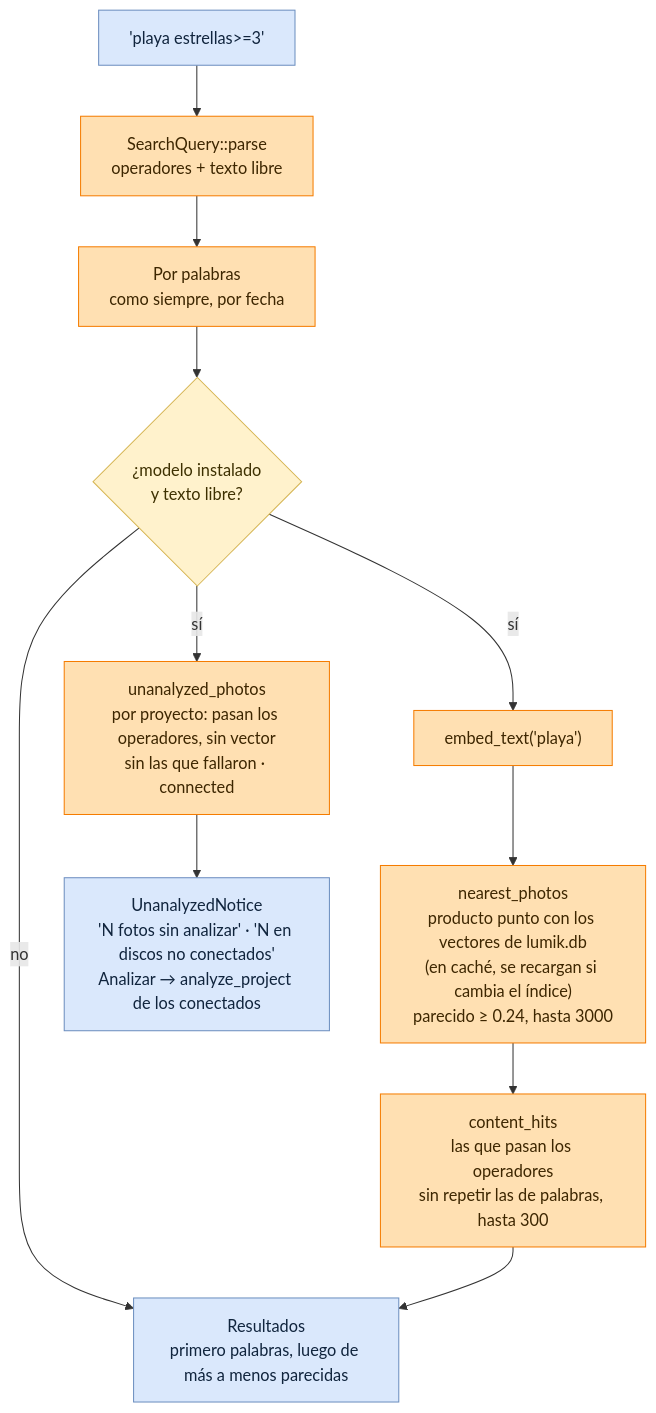
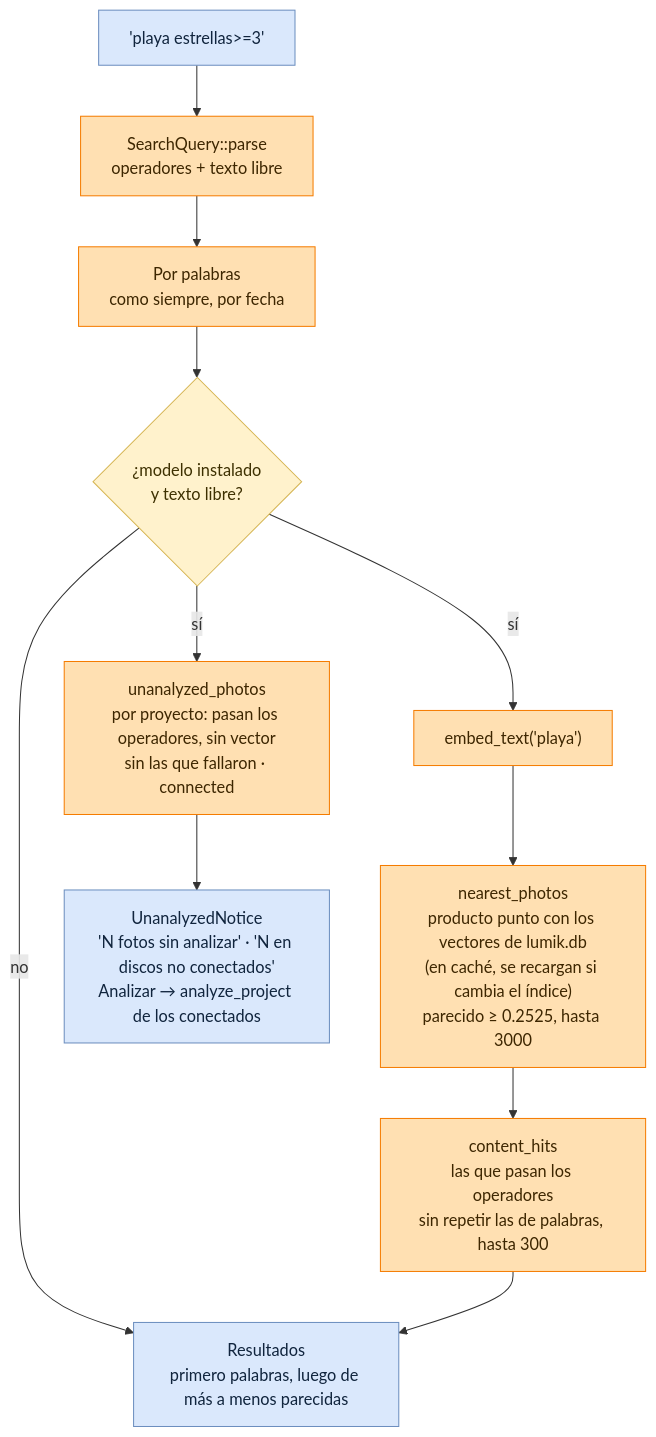
Before and after one commit to everitosan/lumik: the fourth of 4 diagrams in docs/useCases/flujo-busqueda-contenido.md, drawn with Mermaid. The commit also changed 3 other files, not shown here.

````diff
--- a/docs/useCases/flujo-busqueda-contenido.md
+++ b/docs/useCases/flujo-busqueda-contenido.md
@@ -118,25 +118,25 @@
 ```mermaid
 flowchart TB
     A["'playa estrellas>=3'"]
     B["SearchQuery::parse<br/>operadores + texto libre"]
     C["Por palabras<br/>como siempre, por fecha"]
     D{"¿modelo instalado<br/>y texto libre?"}
     E["embed_text('playa')"]
-    F["nearest_photos<br/>producto punto con los vectores de lumik.db<br/>(en caché, se recargan si cambia el índice)<br/>parecido ≥ 0.24, hasta 3000"]
+    F["nearest_photos<br/>producto punto con los vectores de lumik.db<br/>(en caché, se recargan si cambia el índice)<br/>parecido ≥ 0.2525, hasta 3000"]
     G["content_hits<br/>las que pasan los operadores<br/>sin repetir las de palabras, hasta 300"]
     H["unanalyzed_photos<br/>por proyecto: pasan los operadores, sin vector<br/>sin las que fallaron · connected"]
     I["Resultados<br/>primero palabras, luego de más a menos parecidas"]
     J["UnanalyzedNotice<br/>'N fotos sin analizar' · 'N en discos no conectados'<br/>Analizar → analyze_project de los conectados"]
 
     A --> B --> C --> D
     D -- no --> I
     D -- sí --> E --> F --> G --> I
     D -- sí --> H --> J
 
     classDef ui fill:#dae8fc,stroke:#6c8ebf,color:#10243d
     classDef be fill:#ffe0b2,stroke:#f57c00,color:#3d2600
     classDef dec fill:#fff2cc,stroke:#d6b656,color:#3d3000
     class A,I,J ui
     class B,C,E,F,G,H be
     class D dec
 ```
````
